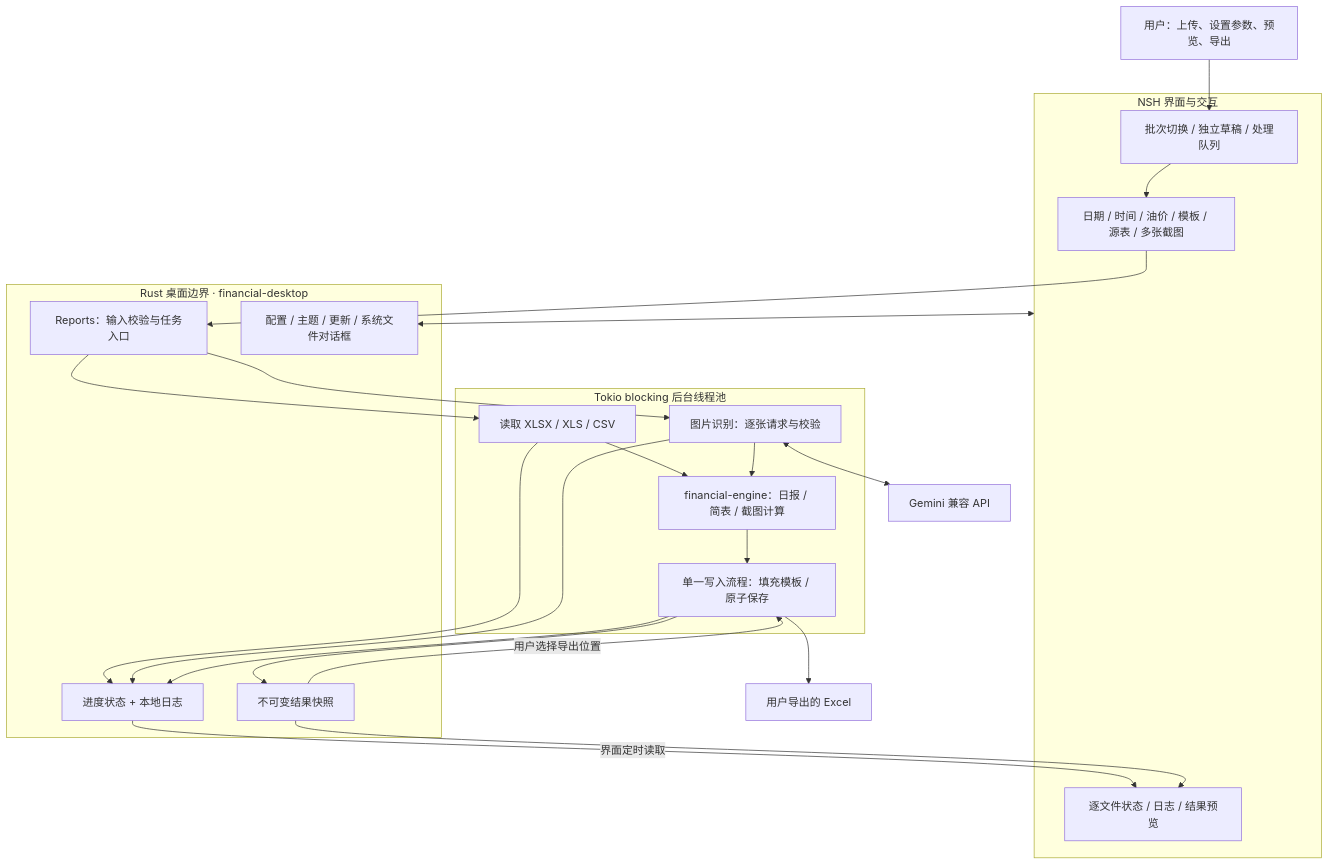
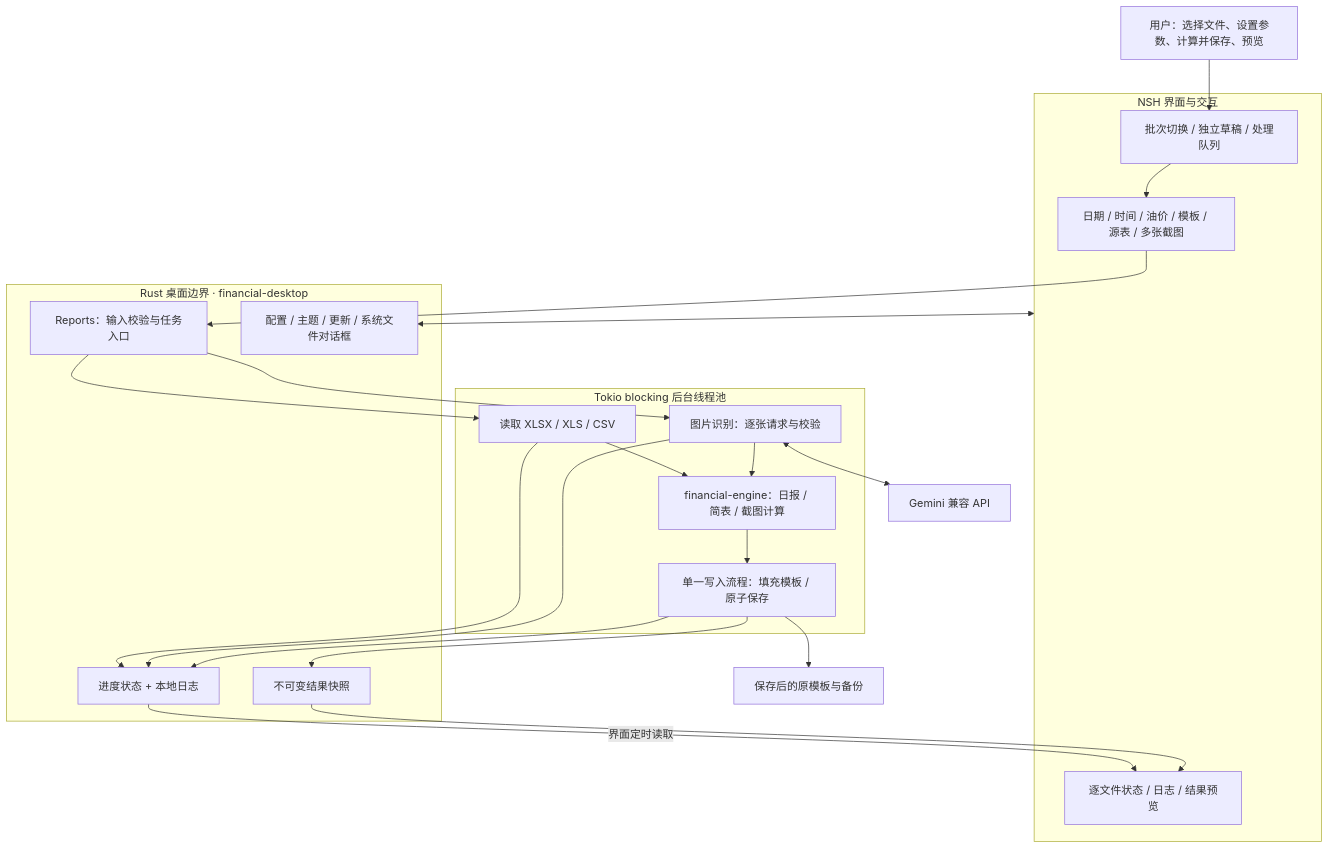
Before and after one commit to DeJeune/automation_financial_statements: the first of 2 diagrams in docs/architecture.md, drawn with Mermaid. The commit also changed other lines of this file and 15 other files, not shown here.

````diff
--- a/docs/architecture.md
+++ b/docs/architecture.md
@@ -7,36 +7,35 @@
 ```mermaid
 flowchart TB
-    User[用户：上传、设置参数、预览、导出]
+    User[用户：选择文件、设置参数、计算并保存、预览]
     subgraph UI[NSH 界面与交互]
       Batches[批次切换 / 独立草稿 / 处理队列]
       Forms[日期 / 时间 / 油价 / 模板 / 源表 / 多张截图]
       Status[逐文件状态 / 日志 / 结果预览]
     end
     subgraph Bridge[Rust 桌面边界 · financial-desktop]
       API[Reports：输入校验与任务入口]
       State[进度状态 + 本地日志]
       Snapshot[不可变结果快照]
       Desktop[配置 / 主题 / 更新 / 系统文件对话框]
     end
     subgraph Workers[Tokio blocking 后台线程池]
       Read[读取 XLSX / XLS / CSV]
       OCR[图片识别：逐张请求与校验]
       Calc[financial-engine：日报 / 简表 / 截图计算]
       Write[单一写入流程：填充模板 / 原子保存]
     end
     Provider[Gemini 兼容 API]
-    Files[用户导出的 Excel]
+    Files[保存后的原模板与备份]
     User --> Batches --> Forms --> API
     API --> Read --> Calc
     API --> OCR --> Calc
     OCR <--> Provider
     Calc --> Write --> Snapshot
     Read --> State
     OCR --> State
     Write --> State
     State -->|界面定时读取| Status
     Snapshot --> Status
-    Snapshot -->|用户选择导出位置| Write
     Write --> Files
     UI <--> Desktop
 ```
````
